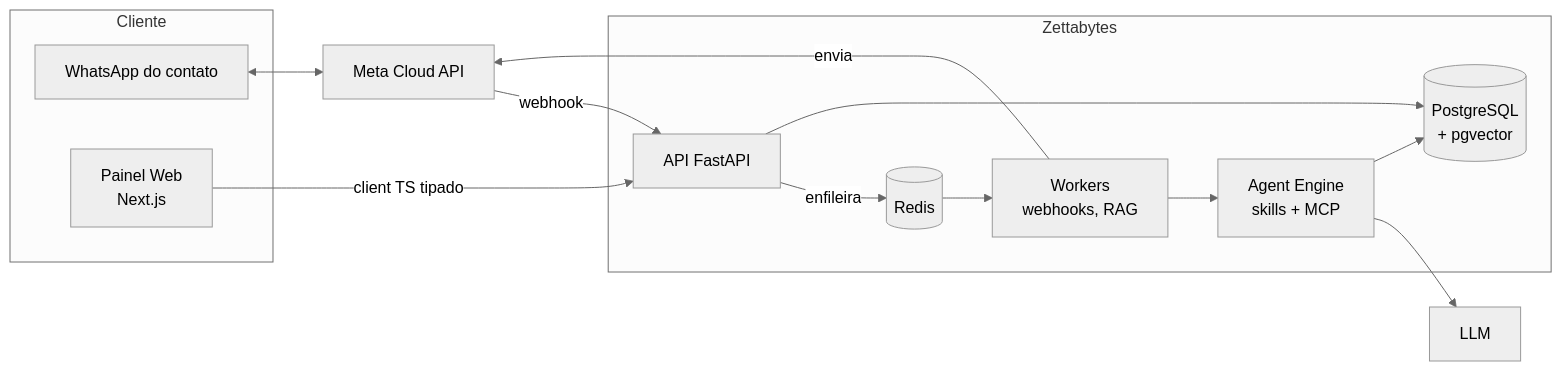
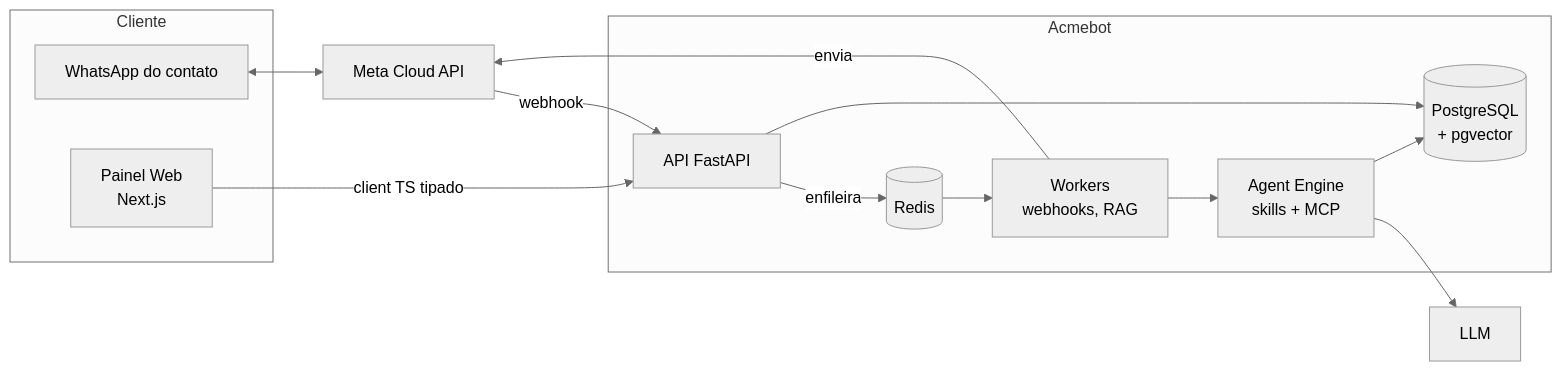
One commit to licodevone/Zettabytes changed the diagram in README.md. Above: the diagram before and after it, drawn with Mermaid (neutral theme). The commit also changed other lines of this file and 45 other files, not shown here.

````diff
--- a/README.md
+++ b/README.md
@@ -96,26 +95,26 @@
 ```mermaid
 flowchart LR
     subgraph Cliente
         WA[WhatsApp do contato]
         Web[Painel Web<br/>Next.js]
     end
 
-    subgraph Zettabytes
+    subgraph Acmebot
         API[API FastAPI]
         Worker[Workers<br/>webhooks, RAG]
         Engine[Agent Engine<br/>skills + MCP]
         DB[(PostgreSQL<br/>+ pgvector)]
         Redis[(Redis)]
     end
 
     Meta[Meta Cloud API]
     LLM[LLM]
 
     WA <--> Meta
     Meta -- webhook --> API
     API -- enfileira --> Redis --> Worker
     Worker --> Engine --> LLM
     Engine --> DB
     Worker -- envia --> Meta
     Web -- client TS tipado --> API --> DB
 ```
````
